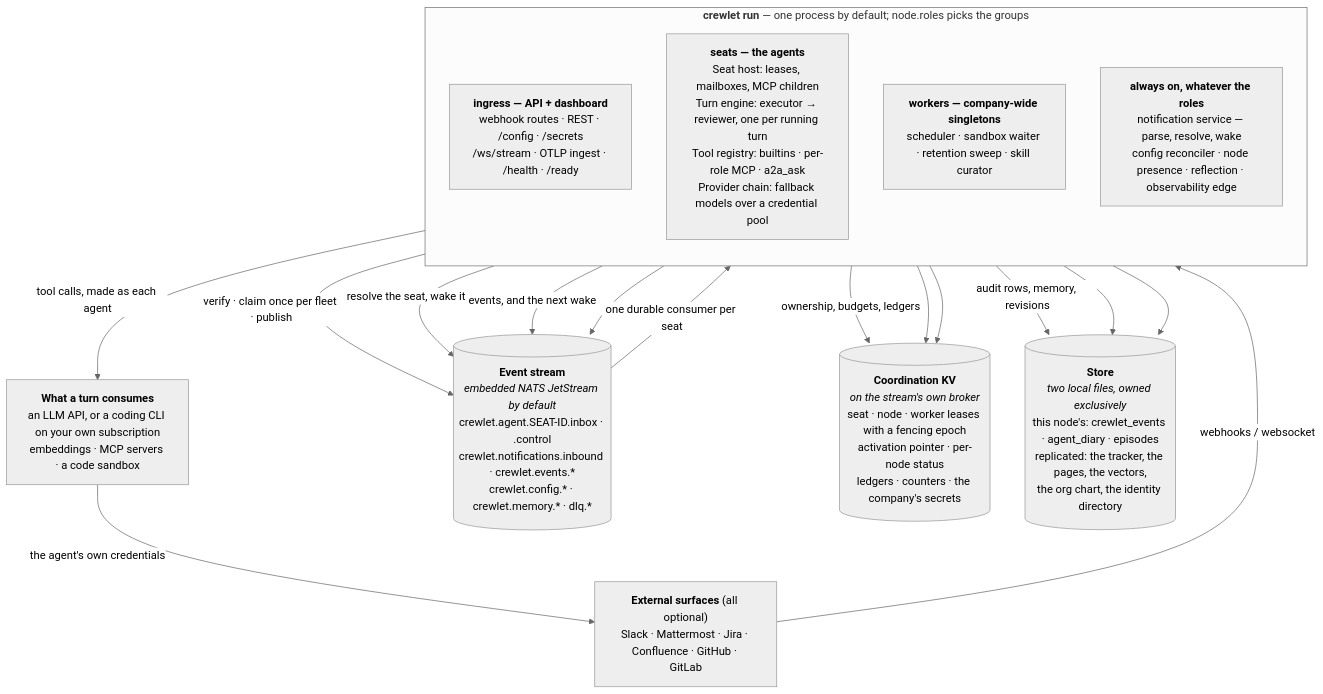
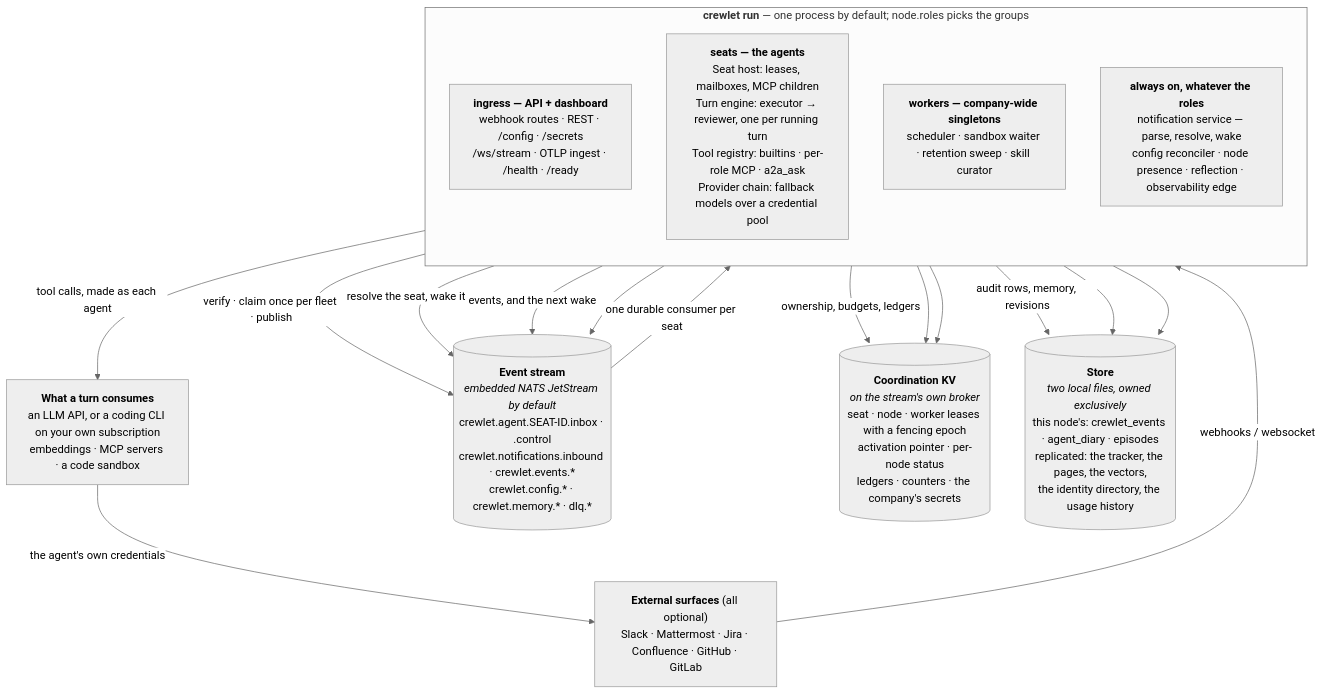
The diagram in docs/concepts/overview.md (crewlet/crewlet), drawn with Mermaid (neutral theme) before and after one commit. The commit also changed other lines of this file and 36 other files, not shown here.

````diff
--- a/docs/concepts/overview.md
+++ b/docs/concepts/overview.md
@@ -56,32 +56,32 @@
 ```mermaid
 flowchart TB
     EXT["<b>External surfaces</b> (all optional)<br/>Slack · Mattermost · Jira · Confluence · GitHub · GitLab"]
     SUPPLY["<b>What a turn consumes</b><br/>an LLM API, or a coding CLI on your own subscription<br/>embeddings · MCP servers · a code sandbox"]
 
     subgraph proc["<b>crewlet run</b> — one process by default; node.roles picks the groups"]
         direction TB
         API["<b>ingress — API + dashboard</b><br/>webhook routes · REST · /config · /secrets<br/>/ws/stream · OTLP ingest · /health · /ready"]
         SEAT["<b>seats — the agents</b><br/>Seat host: leases, mailboxes, MCP children<br/>Turn engine: executor → reviewer, one per running turn<br/>Tool registry: builtins · per-role MCP · a2a_ask<br/>Provider chain: fallback models over a credential pool"]
         DUTY["<b>workers — company-wide singletons</b><br/>scheduler · sandbox waiter · retention sweep · skill curator"]
         CORE["<b>always on, whatever the roles</b><br/>notification service — parse, resolve, wake<br/>config reconciler · node presence · reflection · observability edge"]
     end
 
     STREAM[("<b>Event stream</b><br/><i>embedded NATS JetStream by default</i><br/>crewlet.agent.SEAT-ID.inbox · .control<br/>crewlet.notifications.inbound · crewlet.events.*<br/>crewlet.config.* · crewlet.memory.* · dlq.*")]
     KV[("<b>Coordination KV</b><br/><i>on the stream's own broker</i><br/>seat · node · worker leases with a fencing epoch<br/>activation pointer · per-node status<br/>ledgers · counters · the company's secrets")]
-    DB[("<b>Store</b><br/><i>two local files, owned exclusively</i><br/>this node's: crewlet_events · agent_diary · episodes<br/>replicated: the tracker, the pages, the vectors,<br/>the org chart, the identity directory")]
+    DB[("<b>Store</b><br/><i>two local files, owned exclusively</i><br/>this node's: crewlet_events · agent_diary · episodes<br/>replicated: the tracker, the pages, the vectors,<br/>the identity directory, the usage history")]
 
     EXT -->|"webhooks / websocket"| API
     API -->|"verify · claim once per fleet · publish"| STREAM
     CORE -->|"resolve the seat, wake it"| STREAM
     STREAM -->|"one durable consumer per seat"| SEAT
     SEAT -->|"tool calls, made as each agent"| SUPPLY
     SUPPLY -->|"the agent's own credentials"| EXT
     SEAT -->|"events, and the next wake"| STREAM
     DUTY --> STREAM
     SEAT -->|"ownership, budgets, ledgers"| KV
     CORE --> KV
     DUTY --> KV
     SEAT -->|"audit rows, memory, revisions"| DB
     CORE --> DB
     API --> DB
 ```
````
